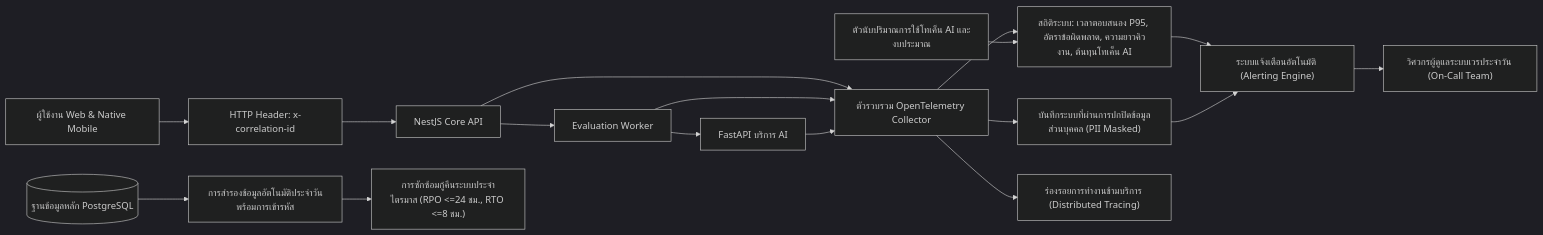
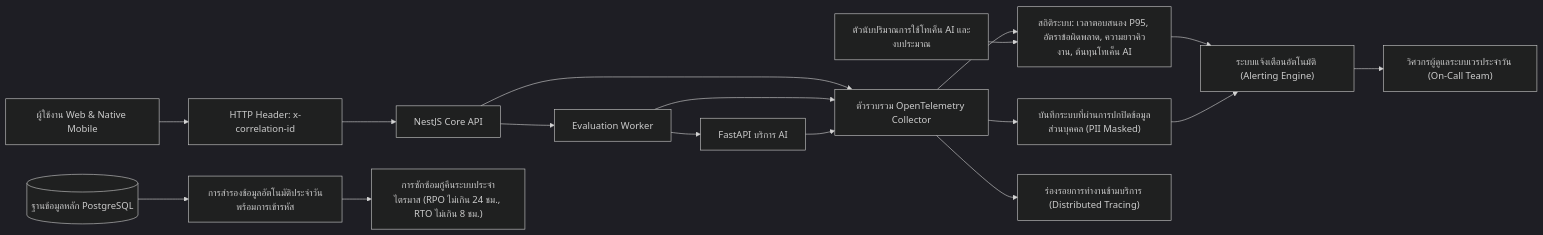
Before and after one commit to Phoomss/interviewx-datahub: diagram 25 of 26 in docs-interviex/03_SRS_Requirements/InterviewX_SRS_Report_Revised_TH.md, drawn with Mermaid (dark theme). The commit also changed other lines of this file and 21 other files, not shown here.

Commit message:
fix error Unable to render rich display for all diagram

````diff
--- a/docs-interviex/03_SRS_Requirements/InterviewX_SRS_Report_Revised_TH.md
+++ b/docs-interviex/03_SRS_Requirements/InterviewX_SRS_Report_Revised_TH.md
@@ -2236,20 +2245,22 @@
 ```mermaid
 flowchart LR
  Client["ผู้ใช้งาน Web & Native Mobile"] --> Trace["HTTP Header: x-correlation-id"]
  Trace --> API["NestJS Core API"]
  API --> Worker["Evaluation Worker"]
  Worker --> AI["FastAPI บริการ AI"]
 
- API & Worker & AI --> OTel["ตัวรวบรวม OpenTelemetry Collector"]
+ API --> OTel["ตัวรวบรวม OpenTelemetry Collector"]
+ Worker --> OTel
+ AI --> OTel
  OTel --> Logs["บันทึกระบบที่ผ่านการปกปิดข้อมูลส่วนบุคคล (PII Masked)"]
  OTel --> Metrics["สถิติระบบ: เวลาตอบสนอง P95, อัตราข้อผิดพลาด, ความยาวคิวงาน, ต้นทุนโทเค็น AI"]
  OTel --> Traces["ร่องรอยการทำงานข้ามบริการ (Distributed Tracing)"]
 
  Metrics & Logs --> Alerts["ระบบแจ้งเตือนอัตโนมัติ (Alerting Engine)"]
  Alerts --> Oncall["วิศวกรผู้ดูแลระบบเวรประจำวัน (On-Call Team)"]
 
  PG[("ฐานข้อมูลหลัก PostgreSQL")] --> Backups["การสำรองข้อมูลอัตโนมัติประจำวันพร้อมการเข้ารหัส"]
- Backups --> Restore["การซักซ้อมกู้คืนระบบประจำไตรมาส (RPO <=24 ชม., RTO <=8 ชม.)"]
+ Backups --> Restore["การซักซ้อมกู้คืนระบบประจำไตรมาส (RPO ไม่เกิน 24 ชม., RTO ไม่เกิน 8 ชม.)"]
 
  TokenCost["ตัวนับปริมาณการใช้โทเค็น AI และงบประมาณ"] --> Metrics
 ```
````
